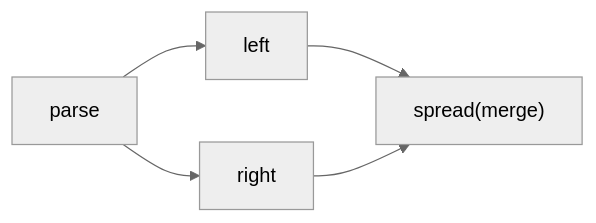
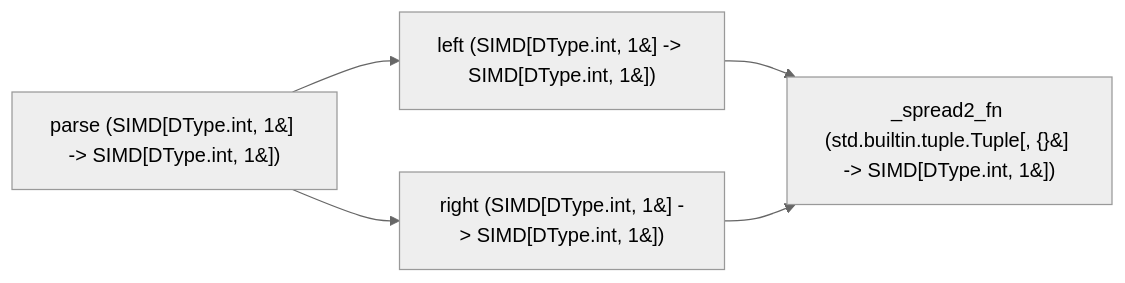
The diagram in docs/executors-and-introspection.md (IbarraSamuel/strata), drawn with Mermaid (neutral theme) before and after one commit. The commit also changed 19 other files, not shown here.

````diff
--- a/docs/executors-and-introspection.md
+++ b/docs/executors-and-introspection.md
@@ -180,11 +180,11 @@
 ```mermaid
 flowchart LR
-  n0["parse"]
-  n1["left"]
+  n0["parse (SIMD[DType.int, 1&#93; -> SIMD[DType.int, 1&#93;)"]
+  n1["left (SIMD[DType.int, 1&#93; -> SIMD[DType.int, 1&#93;)"]
   n0 --> n1
-  n2["right"]
+  n2["right (SIMD[DType.int, 1&#93; -> SIMD[DType.int, 1&#93;)"]
   n0 --> n2
-  n3["spread(merge)"]
+  n3["_spread2_fn (std.builtin.tuple.Tuple[<unprintable>, {}&#93; -> SIMD[DType.int, 1&#93;)"]
   n1 --> n3
   n2 --> n3
 ```
````
